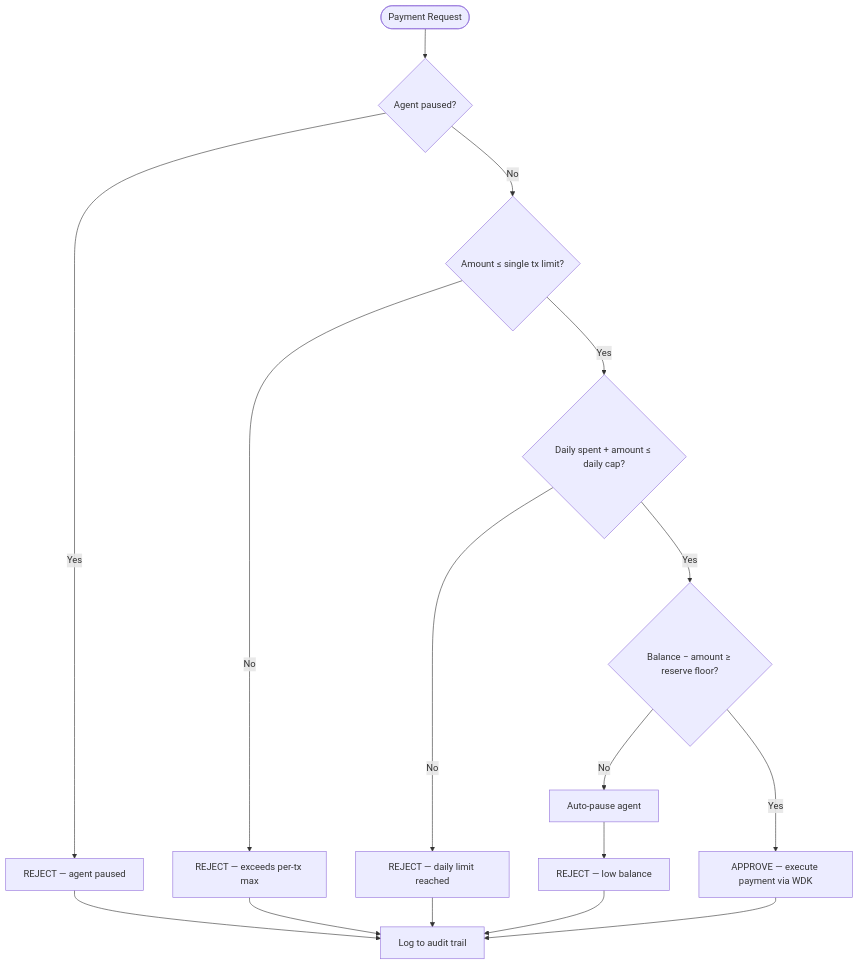
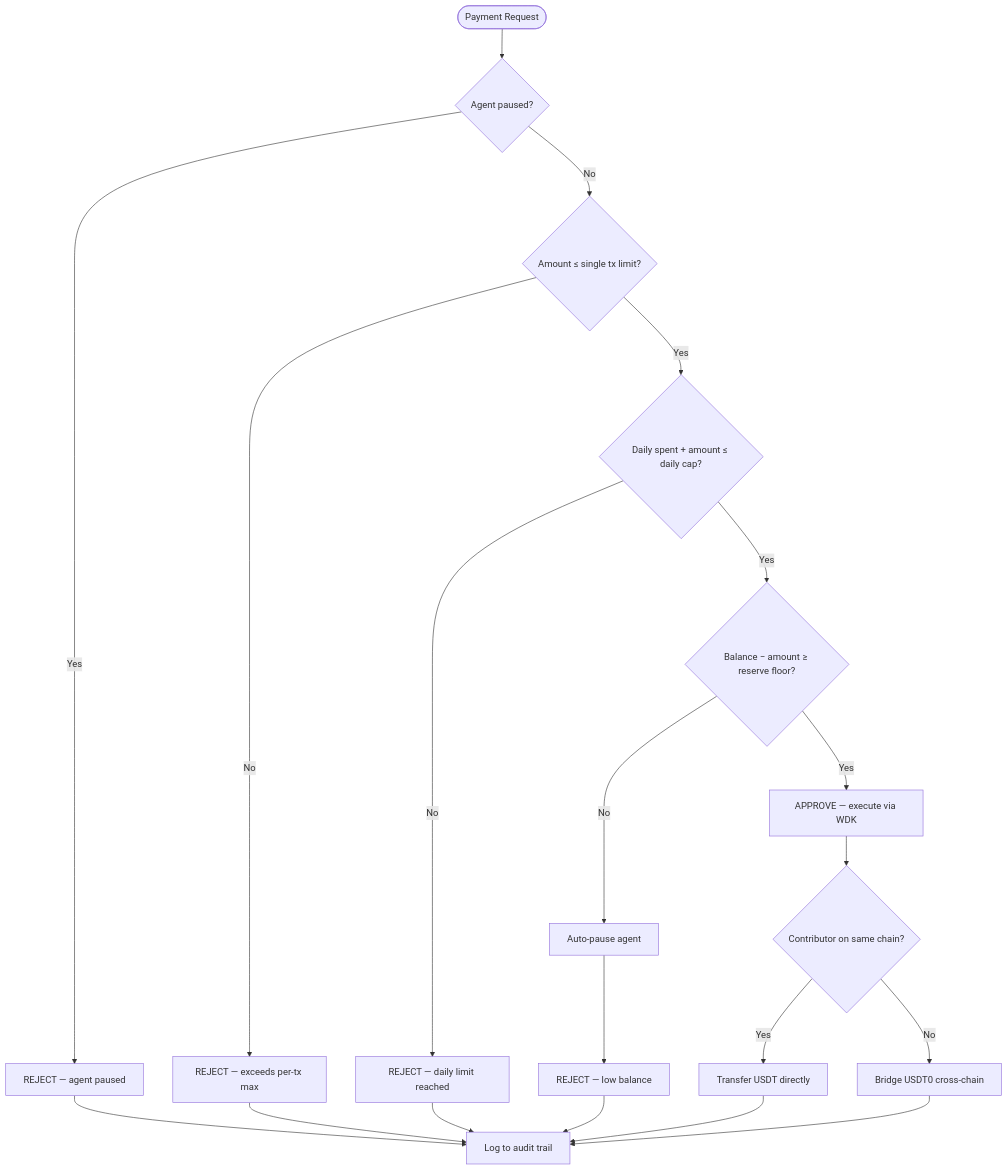
Before and after one commit to N-45div/PayStream: the fifth of 6 diagrams in README.md, drawn with Mermaid. The commit also changed other lines of this file and 3 other files, not shown here.

First line of the commit message:
feat: add USDT0 cross-chain bridge + updated README with mermaid diagrams

````diff
--- a/README.md
+++ b/README.md
@@ -278,15 +315,18 @@
 ```mermaid
 flowchart TD
     Start([Payment Request]) --> P1{Agent paused?}
     P1 -->|Yes| R1[REJECT — agent paused]
     P1 -->|No| P2{Amount ≤ single tx limit?}
     P2 -->|No| R2[REJECT — exceeds per-tx max]
     P2 -->|Yes| P3{Daily spent + amount ≤ daily cap?}
     P3 -->|No| R3[REJECT — daily limit reached]
     P3 -->|Yes| P4{Balance − amount ≥ reserve floor?}
     P4 -->|No| P5[Auto-pause agent]
     P5 --> R4[REJECT — low balance]
-    P4 -->|Yes| P6[APPROVE — execute payment via WDK]
-    P6 --> Log[Log to audit trail]
+    P4 -->|Yes| P6[APPROVE — execute via WDK]
+    P6 --> P7{Contributor on same chain?}
+    P7 -->|Yes| TX[Transfer USDT directly]
+    P7 -->|No| BRG[Bridge USDT0 cross-chain]
+    TX & BRG --> Log[Log to audit trail]
     R1 & R2 & R3 & R4 --> Log
 ```
````
